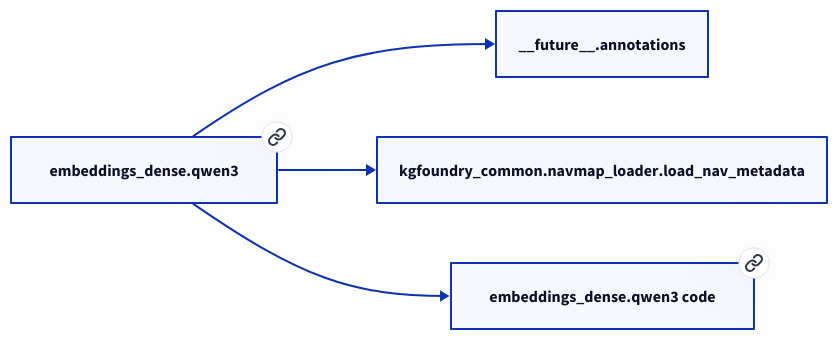
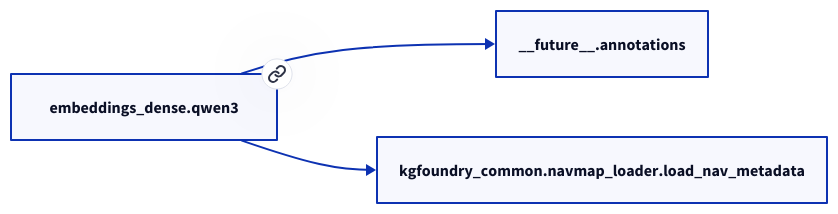
One commit to paul-heyse/kgforge changed the second of 2 diagrams in docs/modules/embeddings_dense/qwen3.md. Above: the diagram before and after it, drawn with D2. The commit also changed other lines of this file and 118 other files, not shown here.

````diff
--- a/docs/modules/embeddings_dense/qwen3.md
+++ b/docs/modules/embeddings_dense/qwen3.md
@@ -34,10 +32,8 @@
 ```d2
 direction: right
-"embeddings_dense.qwen3": "embeddings_dense.qwen3" { link: "./embeddings_dense/qwen3.md" }
+"embeddings_dense.qwen3": "embeddings_dense.qwen3" { link: "qwen3.md" }
 "__future__.annotations": "__future__.annotations"
 "embeddings_dense.qwen3" -> "__future__.annotations"
 "kgfoundry_common.navmap_loader.load_nav_metadata": "kgfoundry_common.navmap_loader.load_nav_metadata"
 "embeddings_dense.qwen3" -> "kgfoundry_common.navmap_loader.load_nav_metadata"
-"embeddings_dense.qwen3_code": "embeddings_dense.qwen3 code" { link: "https://github.com/kgfoundry/kgfoundry/blob/main/src/embeddings_dense/qwen3.py" }
-"embeddings_dense.qwen3" -> "embeddings_dense.qwen3_code" { style: dashed }
 ```
````
